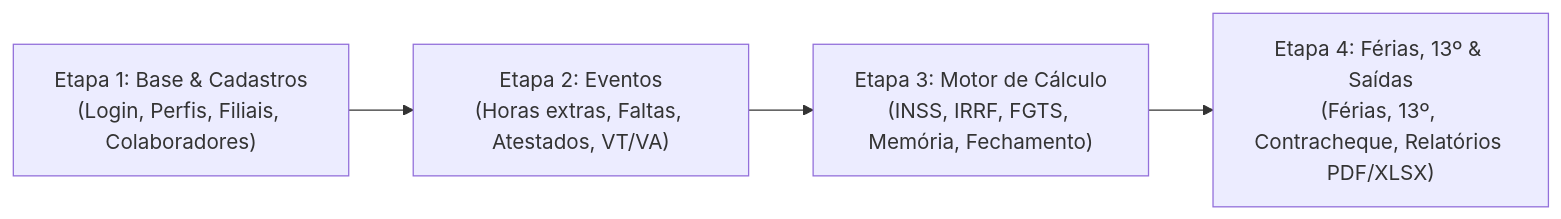
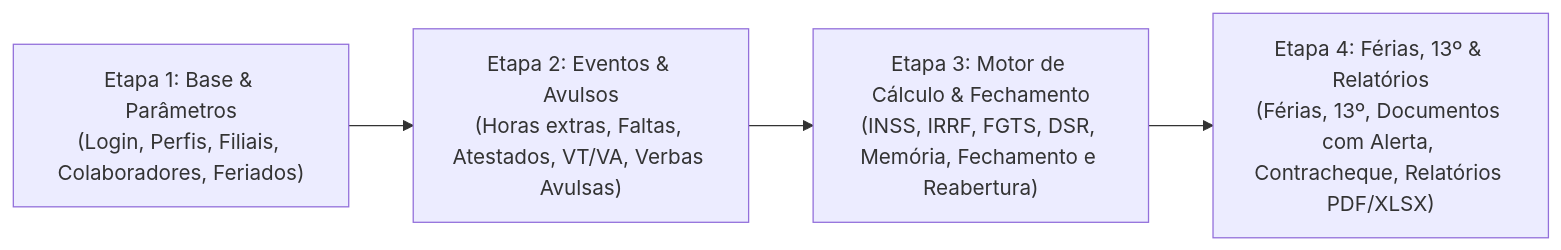
One commit to Kauzalidade/helloWorld changed the diagram in README.md. Above: the diagram before and after it, drawn with Mermaid. The commit also changed other lines of this file and 3 other files, not shown here.

````diff
--- a/README.md
+++ b/README.md
@@ -45,6 +45,6 @@
 ```mermaid
 flowchart LR
-    E1["Etapa 1: Base & Cadastros\n(Login, Perfis, Filiais, Colaboradores)"] --> E2["Etapa 2: Eventos\n(Horas extras, Faltas, Atestados, VT/VA)"]
-    E2 --> E3["Etapa 3: Motor de Cálculo\n(INSS, IRRF, FGTS, Memória, Fechamento)"]
-    E3 --> E4["Etapa 4: Férias, 13º & Saídas\n(Férias, 13º, Contracheque, Relatórios PDF/XLSX)"]
+    E1["Etapa 1: Base & Parâmetros\n(Login, Perfis, Filiais, Colaboradores, Feriados)"] --> E2["Etapa 2: Eventos & Avulsos\n(Horas extras, Faltas, Atestados, VT/VA, Verbas Avulsas)"]
+    E2 --> E3["Etapa 3: Motor de Cálculo & Fechamento\n(INSS, IRRF, FGTS, DSR, Memória, Fechamento e Reabertura)"]
+    E3 --> E4["Etapa 4: Férias, 13º & Relatórios\n(Férias, 13º, Documentos com Alerta, Contracheque, Relatórios PDF/XLSX)"]
 ```
````
